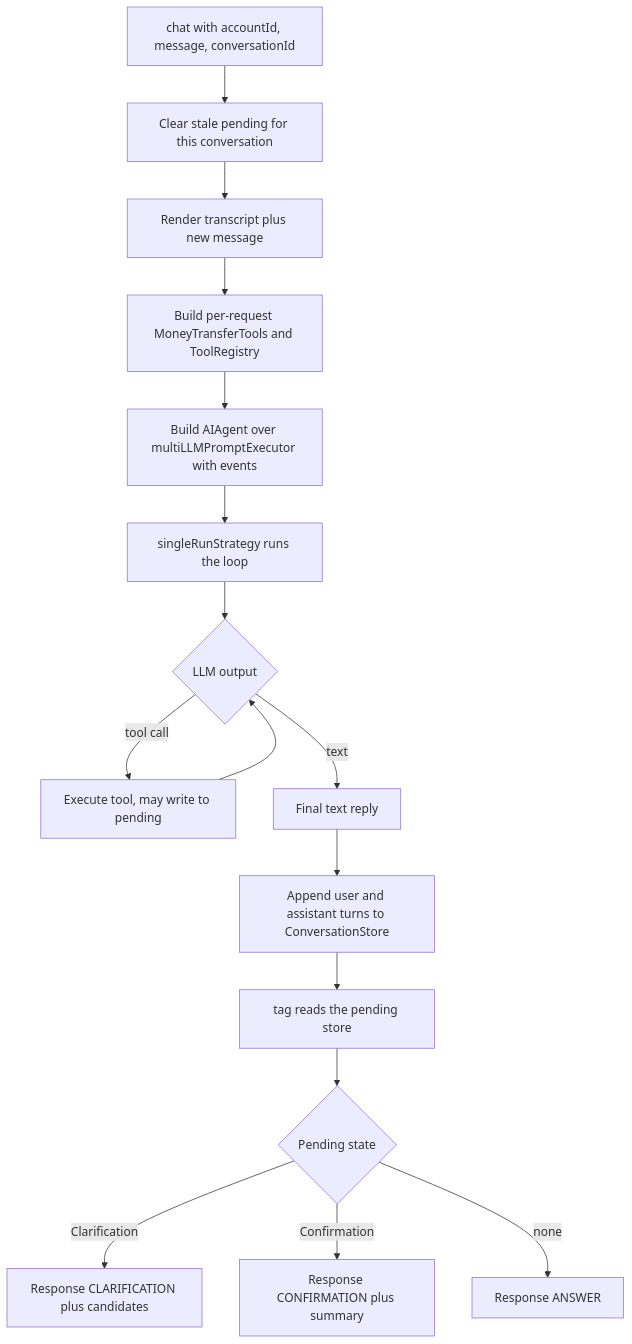
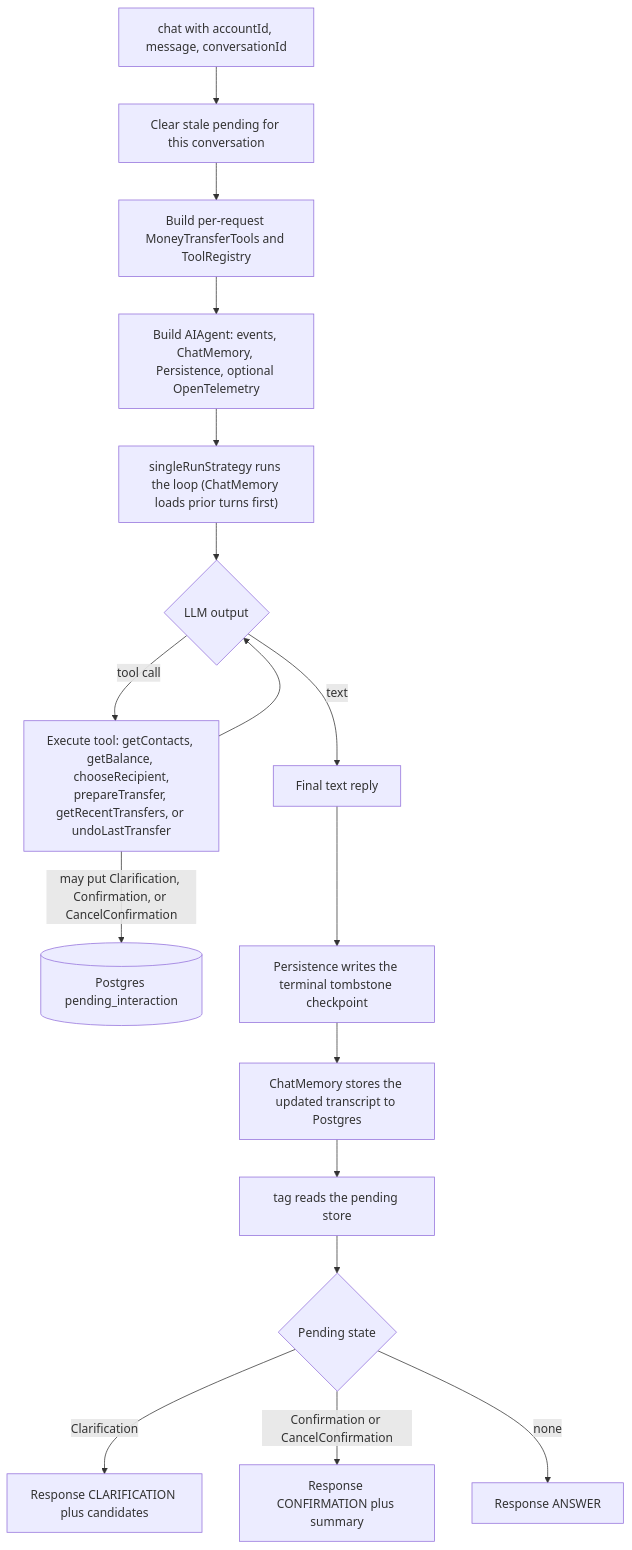
The second of 3 diagrams in docs/agent-flow.md (adityamparikh/koog-spring-boot), drawn with Mermaid before and after one commit. The commit also changed other lines of this file, not shown here.

First line of the commit message:
docs(agent-flow): update diagrams for async settlement & agent package split

````diff
--- a/docs/agent-flow.md
+++ b/docs/agent-flow.md
@@ -58,20 +81,21 @@
 ```mermaid
 flowchart TD
     IN[chat with accountId, message, conversationId] --> CLR[Clear stale pending for this conversation]
-    CLR --> RENDER[Render transcript plus new message]
-    RENDER --> TOOLS[Build per-request MoneyTransferTools and ToolRegistry]
-    TOOLS --> BUILD[Build AIAgent over multiLLMPromptExecutor with events]
-    BUILD --> RUN[singleRunStrategy runs the loop]
+    CLR --> TOOLS[Build per-request MoneyTransferTools and ToolRegistry]
+    TOOLS --> BUILD["Build AIAgent: events, ChatMemory, Persistence, optional OpenTelemetry"]
+    BUILD --> RUN["singleRunStrategy runs the loop (ChatMemory loads prior turns first)"]
 
     RUN --> STEP{LLM output}
-    STEP -->|tool call| TOOL[Execute tool, may write to pending]
+    STEP -->|tool call| TOOL["Execute tool: getContacts, getBalance, chooseRecipient,\nprepareTransfer, getRecentTransfers, or undoLastTransfer"]
+    TOOL -->|may put Clarification, Confirmation, or CancelConfirmation| PENDINGDB[(Postgres pending_interaction)]
     TOOL --> STEP
     STEP -->|text| REPLY[Final text reply]
 
-    REPLY --> APPEND[Append user and assistant turns to ConversationStore]
+    REPLY --> CKPT[Persistence writes the terminal tombstone checkpoint]
+    CKPT --> APPEND[ChatMemory stores the updated transcript to Postgres]
     APPEND --> TAG[tag reads the pending store]
     TAG --> T{Pending state}
     T -->|Clarification| RC[Response CLARIFICATION plus candidates]
-    T -->|Confirmation| RF[Response CONFIRMATION plus summary]
+    T -->|Confirmation or CancelConfirmation| RF[Response CONFIRMATION plus summary]
     T -->|none| RA[Response ANSWER]
 ```
````
